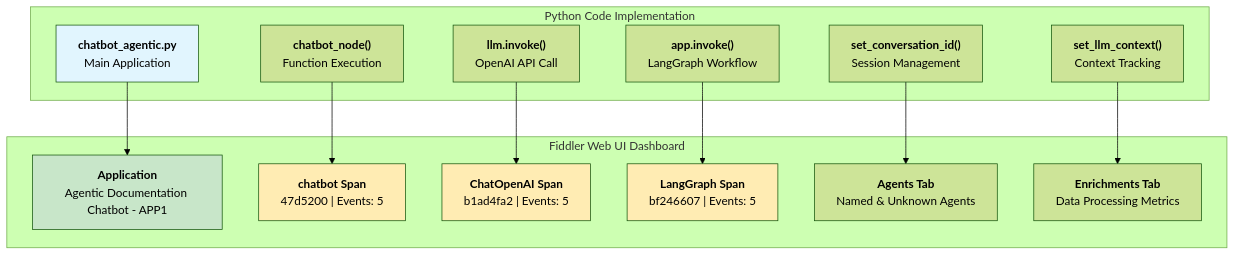
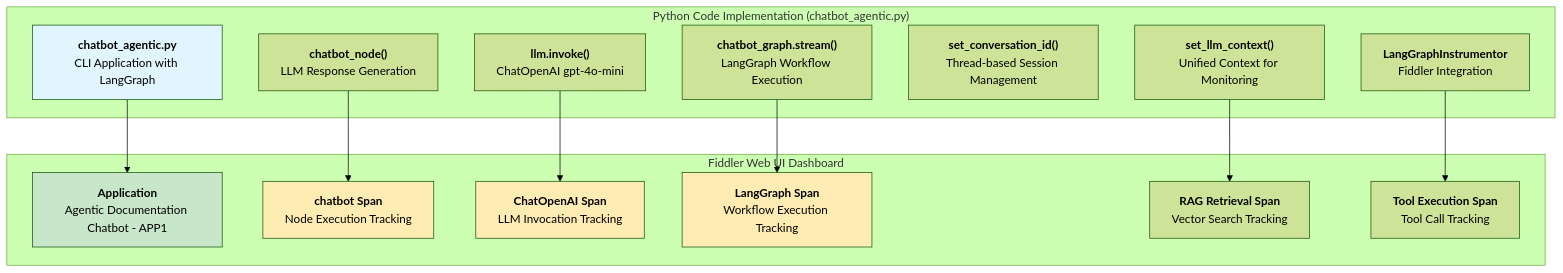
Before and after one commit to fiddler-labs/fiddler-chatbot: the first of 6 diagrams in docs/diagrams/fiddler-monitoring-architecture.md, drawn with Mermaid (forest theme). The commit also changed other lines of this file and 6 other files, not shown here.

Commit message:
Diagram update routine activity

````diff
--- a/docs/diagrams/fiddler-monitoring-architecture.md
+++ b/docs/diagrams/fiddler-monitoring-architecture.md
@@ -5,45 +5,47 @@
 ```mermaid
 graph TB
-    subgraph "Python Code Implementation"
+    subgraph "Python Code Implementation (chatbot_agentic.py)"
         A["`**chatbot_agentic.py**
-        Main Application`"]
+        CLI Application with LangGraph`"]
         B["`**chatbot_node()**
-        Function Execution`"]
+        LLM Response Generation`"]
         C["`**llm.invoke()**
-        OpenAI API Call`"]
-        D["`**app.invoke()**
-        LangGraph Workflow`"]
+        ChatOpenAI gpt-4o-mini`"]
+        D["`**chatbot_graph.stream()**
+        LangGraph Workflow Execution`"]
         E["`**set_conversation_id()**
-        Session Management`"]
+        Thread-based Session Management`"]
         F["`**set_llm_context()**
-        Context Tracking`"]
+        Unified Context for Monitoring`"]
+        G["`**LangGraphInstrumentor**
+        Fiddler Integration`"]
     end
     
     subgraph "Fiddler Web UI Dashboard"
-        G["`**Application**
+        H["`**Application**
         Agentic Documentation Chatbot - APP1`"]
-        H["`**chatbot Span**
-        47d5200 | Events: 5`"]
-        I["`**ChatOpenAI Span**
-        b1ad4fa2 | Events: 5`"]
-        J["`**LangGraph Span**
-        bf246607 | Events: 5`"]
-        K["`**Agents Tab**
-        Named & Unknown Agents`"]
-        L["`**Enrichments Tab**
-        Data Processing Metrics`"]
+        I["`**chatbot Span**
+        Node Execution Tracking`"]
+        J["`**ChatOpenAI Span**
+        LLM Invocation Tracking`"]
+        K["`**LangGraph Span**
+        Workflow Execution Tracking`"]
+        L["`**RAG Retrieval Span**
+        Vector Search Tracking`"]
+        M["`**Tool Execution Span**
+        Tool Call Tracking`"]
     end
     
-    A --> G
-    B --> H
-    C --> I
-    D --> J
-    E --> K
+    A --> H
+    B --> I
+    C --> J
+    D --> K
     F --> L
+    G --> M
     
     style A fill:#e1f5fe
-    style G fill:#c8e6c9
-    style H fill:#ffecb3
+    style H fill:#c8e6c9
     style I fill:#ffecb3
     style J fill:#ffecb3
+    style K fill:#ffecb3
 ```
````
